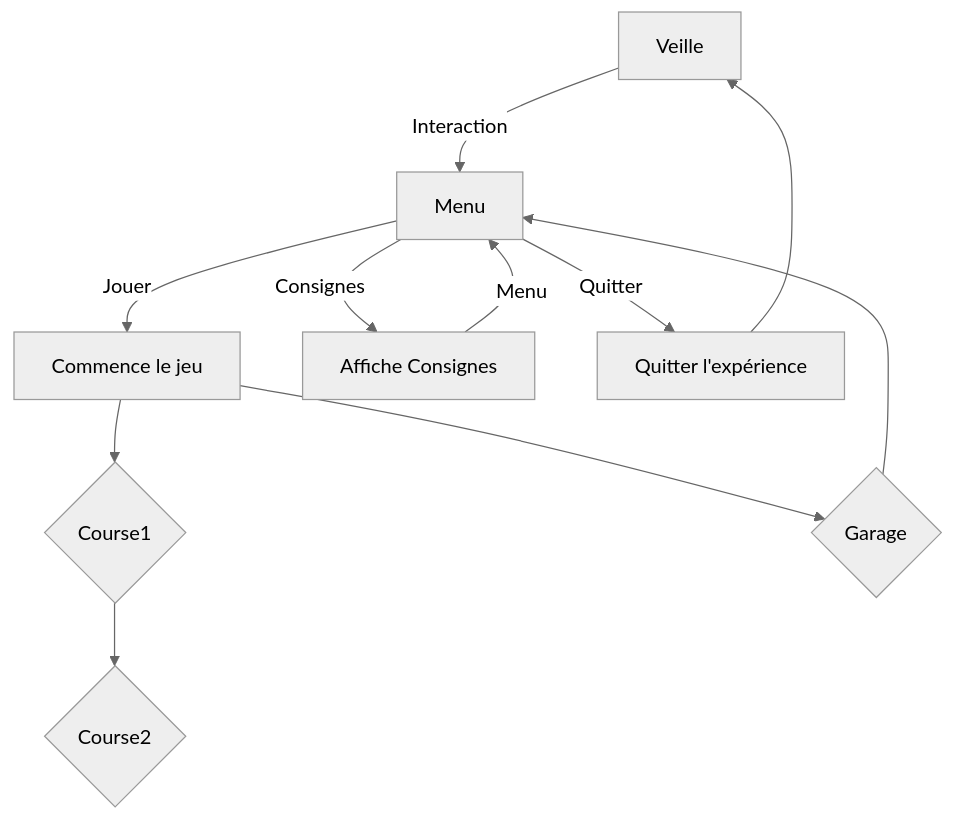
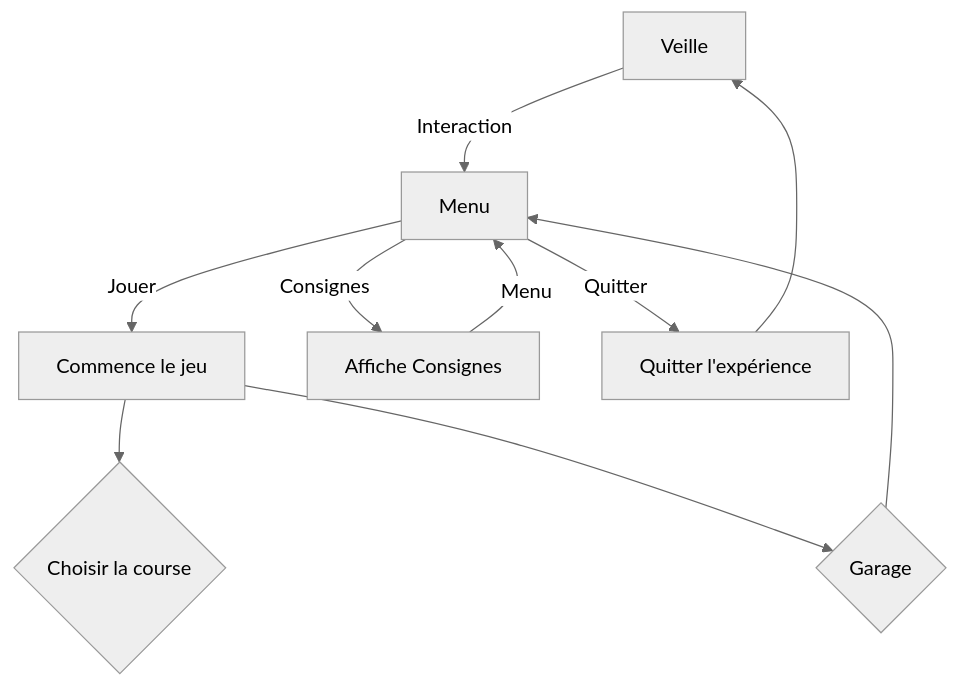
Before and after one commit to GearShift-Games/C0N-DU8: the diagram in README.md, drawn with Mermaid (neutral theme).

````diff
--- a/README.md
+++ b/README.md
@@ -28,14 +28,14 @@
 ```mermaid
 flowchart TD
     A[Veille] -->|Interaction| C(Menu)
     C -->|Jouer| D[Commence le jeu]
     C -->|Consignes| E[Affiche Consignes]
     C -->|Quitter| F[Quitter l'expérience]
     F --> A
     E[Affiche Consignes]--> |Menu| C[Menu]
-    D --> H{Course1}
+    D --> H{Choisir la course}
     D --> I{Garage}
     I --> C
-    H --> J{Course2}
+    
 
   ```
````
